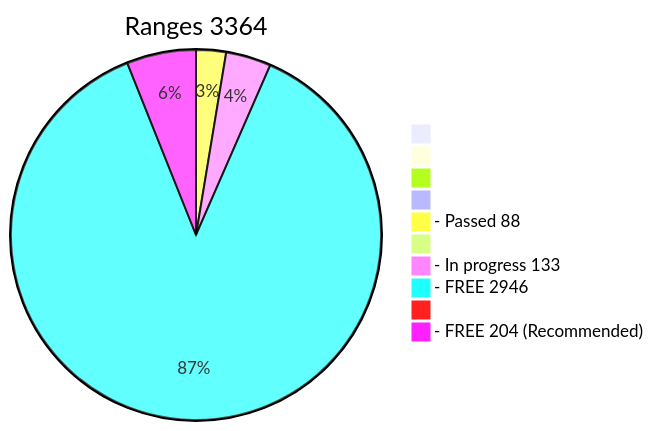
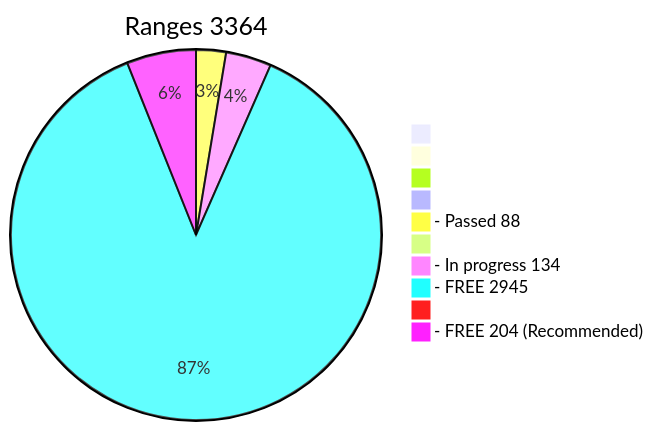
Before and after one commit to phrutis/wif500: the diagram in x64/Release/table.md, drawn with Mermaid.

````diff
--- a/x64/Release/table.md
+++ b/x64/Release/table.md
@@ -3,13 +3,13 @@
 ```mermaid
 pie title Ranges 3364
   " " : 0
   "  " : 0
   "   " : 0
   "    " : 0
   "- Passed 88" : 88
   "     " : 0
-  "- In progress 133" : 133
-  "- FREE 2946" : 2946
+  "- In progress 134" : 134
+  "- FREE 2945" : 2945
   "      " : 0
   "- FREE 204 (Recommended)" : 204
 ```
````
